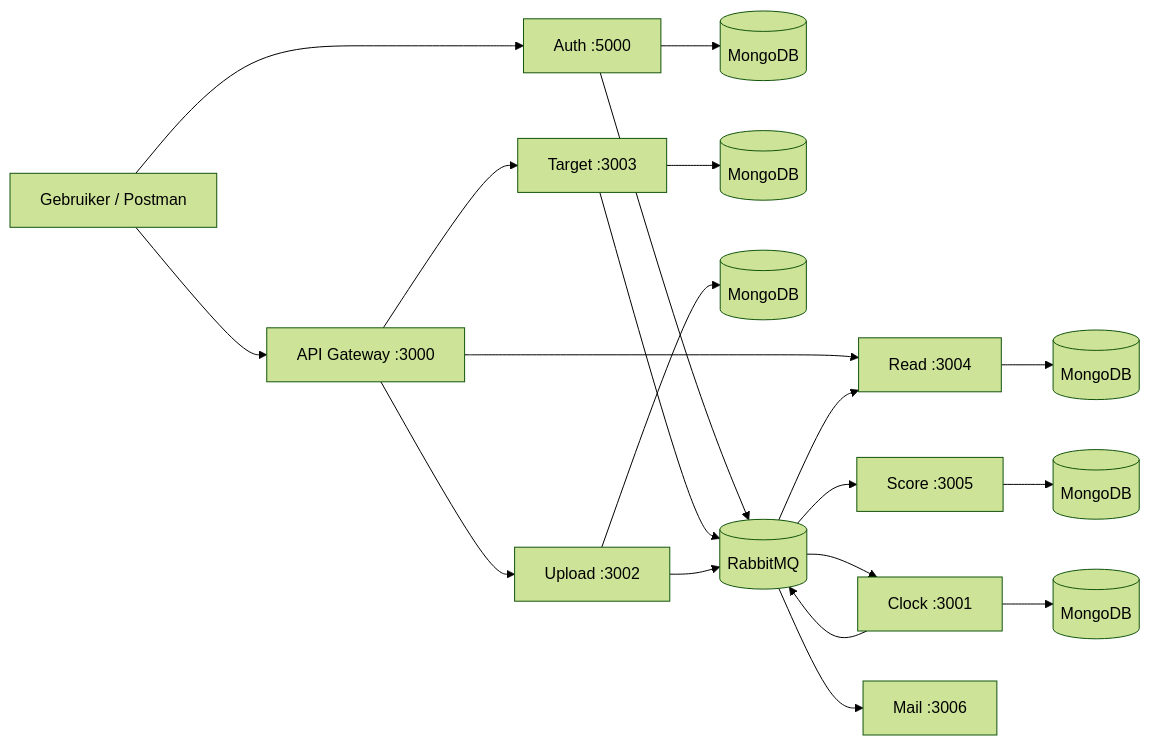
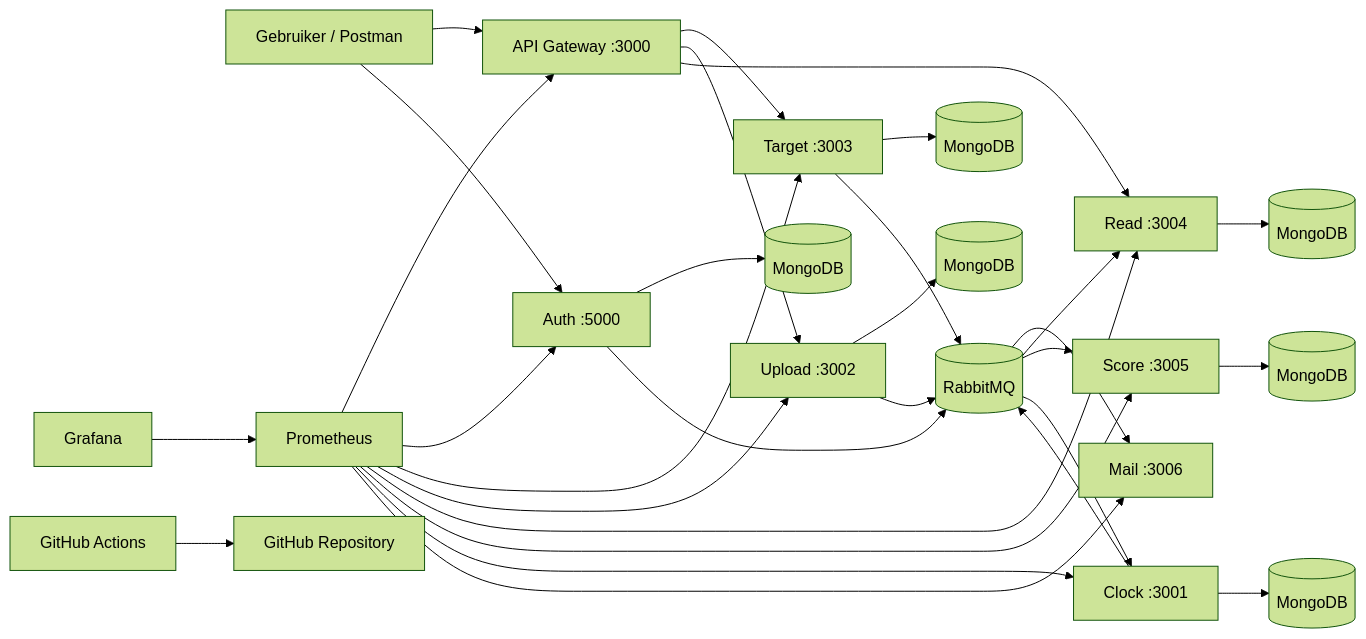
One commit to RedmarAlkema/DevOps changed the diagram in devops-overzicht/02-architectuur.md. Above: the diagram before and after it, drawn with Mermaid (forest theme). The commit also changed other lines of this file and 15 other files, not shown here.

````diff
--- a/devops-overzicht/02-architectuur.md
+++ b/devops-overzicht/02-architectuur.md
@@ -33,26 +44,37 @@
 ```mermaid
 flowchart LR
     User[Gebruiker / Postman] --> Gateway[API Gateway :3000]
     User --> Auth[Auth :5000]
 
     Gateway --> Target[Target :3003]
     Gateway --> Upload[Upload :3002]
     Gateway --> Read[Read :3004]
 
     Auth --> MongoAuth[(MongoDB)]
     Target --> MongoTarget[(MongoDB)]
     Upload --> MongoUpload[(MongoDB)]
     Read --> MongoRead[(MongoDB)]
     Score --> MongoScore[(MongoDB)]
     Clock --> MongoClock[(MongoDB)]
 
     Auth --> Rabbit[(RabbitMQ)]
     Target --> Rabbit
     Upload --> Rabbit
     Clock --> Rabbit
 
     Rabbit --> Mail[Mail :3006]
     Rabbit --> Read
     Rabbit --> Score[Score :3005]
     Rabbit --> Clock[Clock :3001]
+
+    Prometheus[Prometheus] --> Gateway
+    Prometheus --> Auth
+    Prometheus --> Target
+    Prometheus --> Upload
+    Prometheus --> Read
+    Prometheus --> Score
+    Prometheus --> Clock
+    Prometheus --> Mail
+    Grafana[Grafana] --> Prometheus
+    GHA[GitHub Actions] --> Repo[GitHub Repository]
 ```
````
